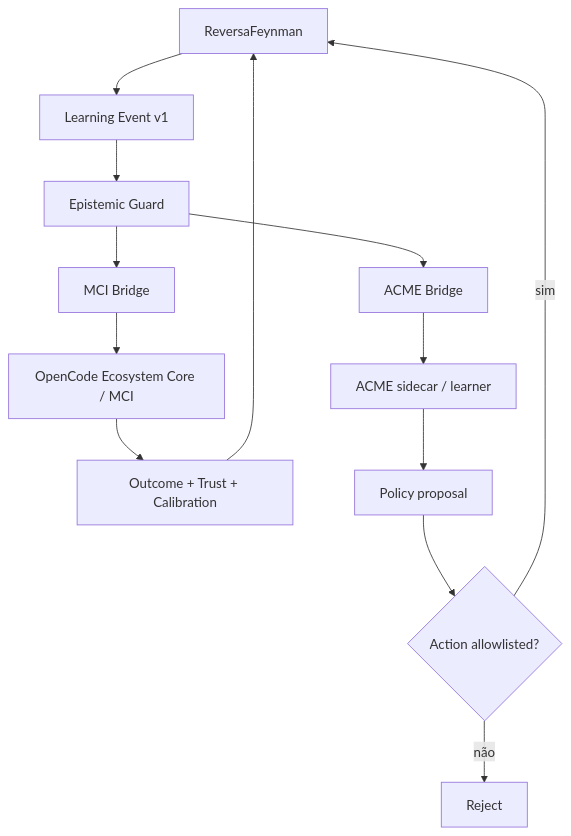
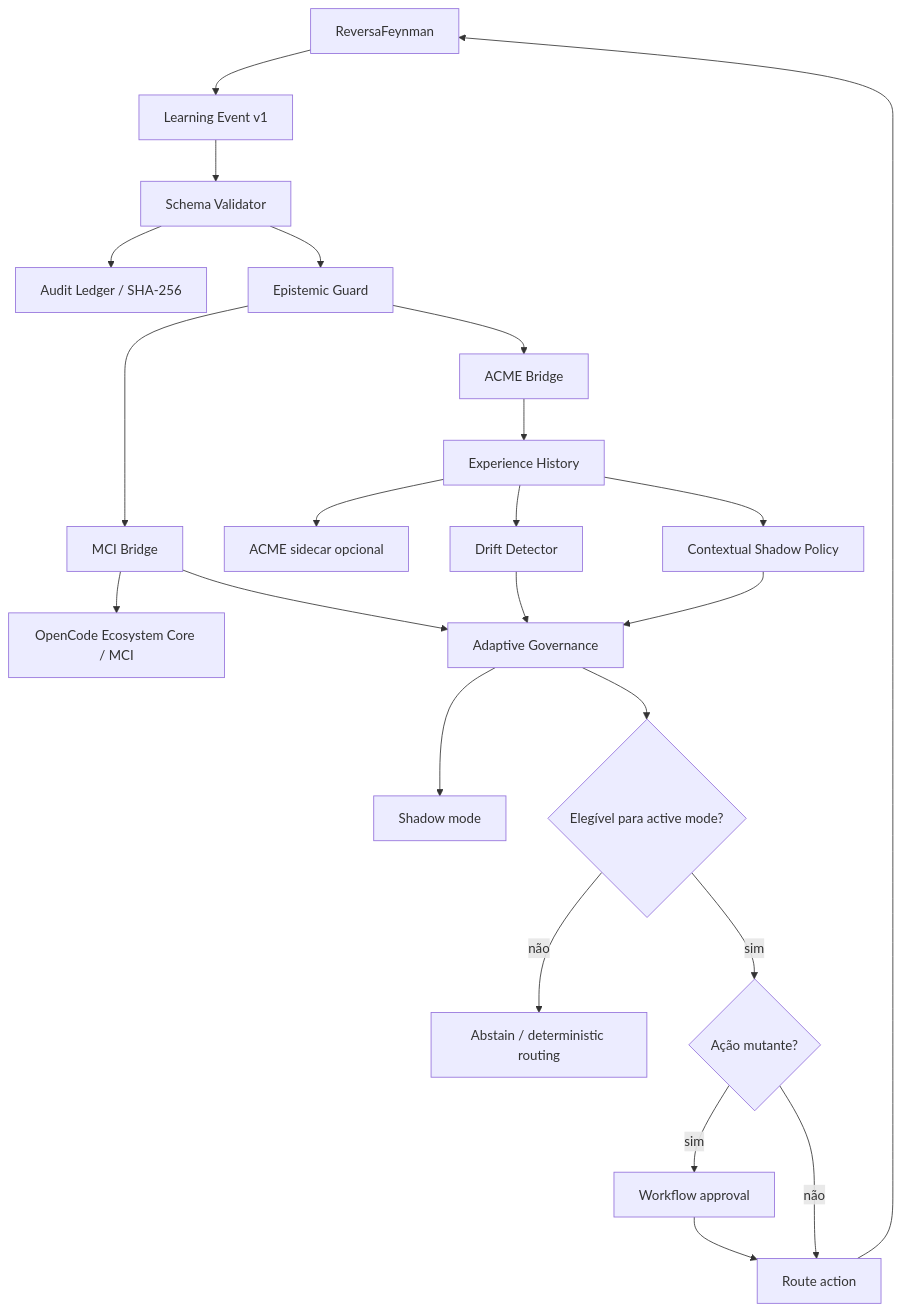
The fourth of 5 diagrams in README.md (MarceloClaro/reversa), drawn with Mermaid before and after one commit. The commit also changed other lines of this file, not shown here.

Commit message:
docs: atualizar README para Adaptive Governance v2

````diff
--- a/README.md
+++ b/README.md
@@ -204,19 +175,29 @@
 ```mermaid
 flowchart TB
     RF["ReversaFeynman"] --> EV["Learning Event v1"]
-    EV --> EG["Epistemic Guard"]
+    EV --> SV["Schema Validator"]
+    SV --> LED["Audit Ledger / SHA-256"]
+    SV --> EG["Epistemic Guard"]
 
     EG --> MB["MCI Bridge"]
     EG --> AB["ACME Bridge"]
 
     MB --> OC["OpenCode Ecosystem Core / MCI"]
-    AB --> AC["ACME sidecar / learner"]
+    AB --> HIST["Experience History"]
+    HIST --> AC["ACME sidecar opcional"]
+    HIST --> DR["Drift Detector"]
+    HIST --> POL["Contextual Shadow Policy"]
 
-    OC --> OUT["Outcome + Trust + Calibration"]
-    AC --> POL["Policy proposal"]
+    DR --> GOV["Adaptive Governance"]
+    POL --> GOV
+    MB --> GOV
 
-    OUT --> RF
-    POL --> SAFE{"Action allowlisted?"}
-    SAFE -->|"sim"| RF
-    SAFE -->|"não"| REJ["Reject"]
+    GOV --> SHADOW["Shadow mode"]
+    GOV --> ACTIVE{"Elegível para active mode?"}
+    ACTIVE -->|"não"| ABSTAIN["Abstain / deterministic routing"]
+    ACTIVE -->|"sim"| APPROVAL{"Ação mutante?"}
+    APPROVAL -->|"sim"| HUMAN["Workflow approval"]
+    APPROVAL -->|"não"| ROUTE["Route action"]
+    HUMAN --> ROUTE
+    ROUTE --> RF
 ```
````
